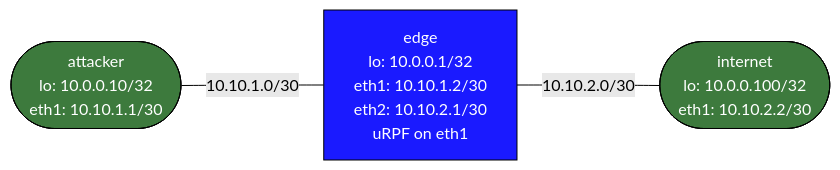
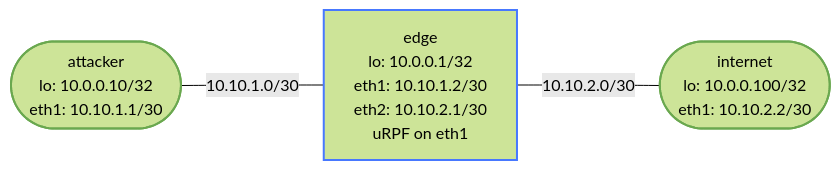
Before and after one commit to jschless/networkingLabs: the diagram in labs/urpf-antispoofing/README.md, drawn with Mermaid (forest theme). The commit also changed 250 other files, not shown here.

Commit message:
Fix unreadable topology diagrams, convert ASCII art, publish assessments (#57)

````diff
--- a/labs/urpf-antispoofing/README.md
+++ b/labs/urpf-antispoofing/README.md
@@ -53,15 +53,15 @@
 ```mermaid
 flowchart LR
-    attacker(["attacker\nlo: 10.0.0.10/32\neth1: 10.10.1.1/30"])
-    edge["edge\nlo: 10.0.0.1/32\neth1: 10.10.1.2/30\neth2: 10.10.2.1/30\nuRPF on eth1"]
-    internet(["internet\nlo: 10.0.0.100/32\neth1: 10.10.2.2/30"])
+    attacker(["attacker<br/>lo: 10.0.0.10/32<br/>eth1: 10.10.1.1/30"])
+    edge["edge<br/>lo: 10.0.0.1/32<br/>eth1: 10.10.1.2/30<br/>eth2: 10.10.2.1/30<br/>uRPF on eth1"]
+    internet(["internet<br/>lo: 10.0.0.100/32<br/>eth1: 10.10.2.2/30"])
 
     attacker -- "10.10.1.0/30" --- edge
     edge -- "10.10.2.0/30" --- internet
 
-    classDef router fill:#1a1aff,color:#fff,stroke:#000
-    classDef host   fill:#3d7a3d,color:#fff,stroke:#000
+    classDef router stroke:#4778ff,stroke-width:2px
+    classDef host stroke:#6aa84f,stroke-width:2px
 
     class edge router
     class attacker,internet host
 ```
````
